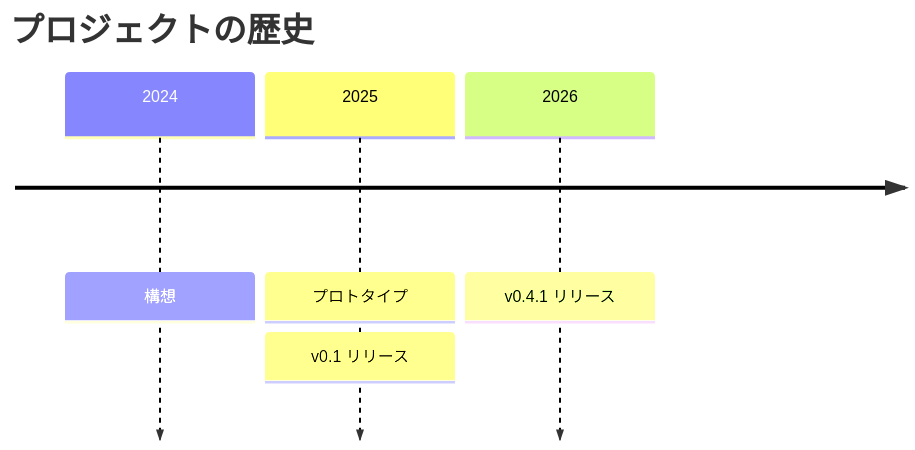
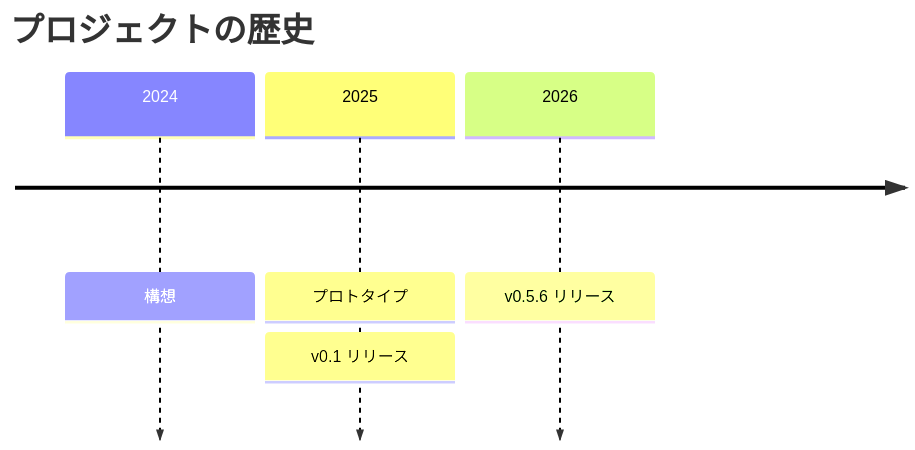
Before and after one commit to kaeru758/md-visual-editor: diagram 12 of 22 in test-all-features.md, drawn with Mermaid. The commit also changed other lines of this file and 13 other files, not shown here.

````diff
--- a/test-all-features.md
+++ b/test-all-features.md
@@ -400,7 +488,7 @@
 ```mermaid
 timeline
     title プロジェクトの歴史
     2024 : 構想
     2025 : プロトタイプ : v0.1 リリース
-    2026 : v0.4.1 リリース
+    2026 : v0.5.6 リリース
 ```
````
